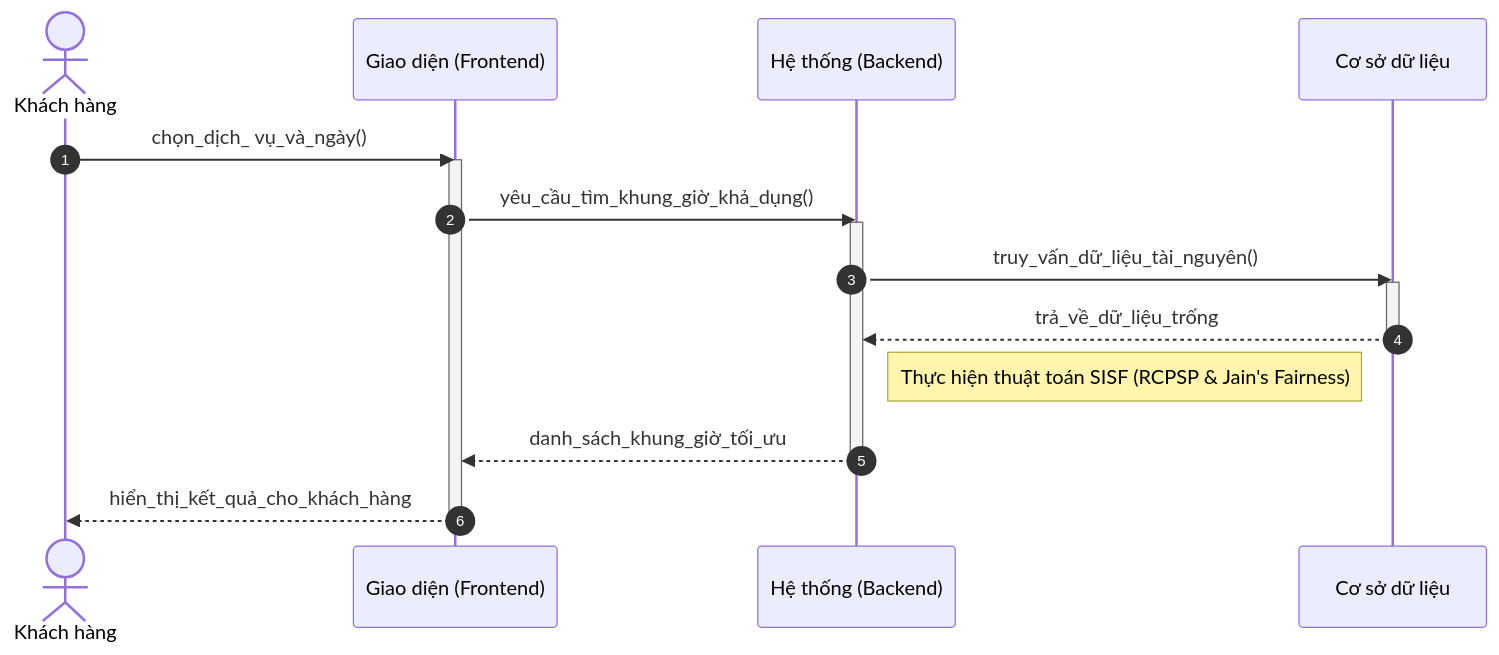
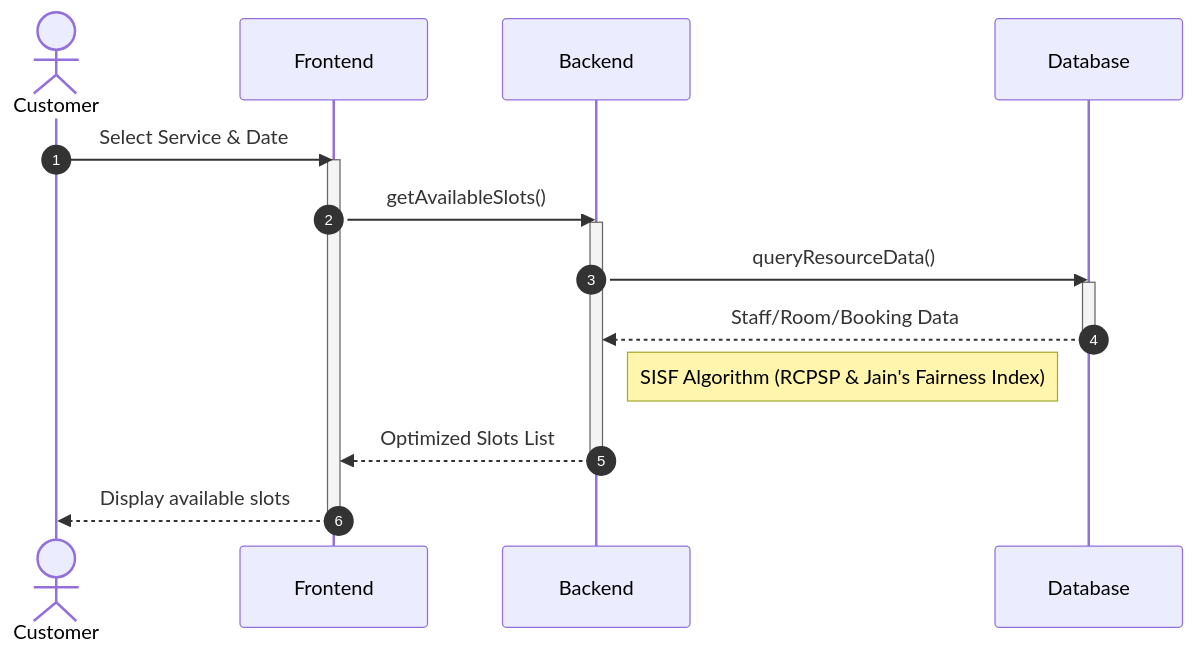
One commit to ngoctinn/Synapse changed the second of 8 diagrams in docs/design/sequences_simplified/customer_flows.md. Above: the diagram before and after it, drawn with Mermaid. The commit also changed other lines of this file and 4 other files, not shown here.

Commit message:
feat: add simplified sequence diagrams for authentication and core user flows.

````diff
--- a/docs/design/sequences_simplified/customer_flows.md
+++ b/docs/design/sequences_simplified/customer_flows.md
@@ -9,25 +33,25 @@
 ```mermaid
 sequenceDiagram
     autonumber
-    actor KH as Khách hàng
-    participant FE as Giao diện (Frontend)
-    participant BE as Hệ thống (Backend)
-    participant DB as Cơ sở dữ liệu
+    actor KH as Customer
+    participant FE as Frontend
+    participant BE as Backend
+    participant DB as Database
 
-    KH->>FE: chọn_dịch_ vụ_và_ngày()
+    KH->>FE: Select Service & Date
     activate FE
-    FE->>BE: yêu_cầu_tìm_khung_giờ_khả_dụng()
+    FE->>BE: getAvailableSlots()
     activate BE
 
-    BE->>DB: truy_vấn_dữ_liệu_tài_nguyên()
+    BE->>DB: queryResourceData()
     activate DB
-    DB-->>BE: trả_về_dữ_liệu_trống
+    DB-->>BE: Staff/Room/Booking Data
     deactivate DB
 
-    Note right of BE: Thực hiện thuật toán SISF (RCPSP & Jain's Fairness)
+    Note right of BE: SISF Algorithm (RCPSP & Jain's Fairness Index)
 
-    BE-->>FE: danh_sách_khung_giờ_tối_ưu
+    BE-->>FE: Optimized Slots List
     deactivate BE
-    FE-->>KH: hiển_thị_kết_quả_cho_khách_hàng
+    FE-->>KH: Display available slots
     deactivate FE
 ```
````
